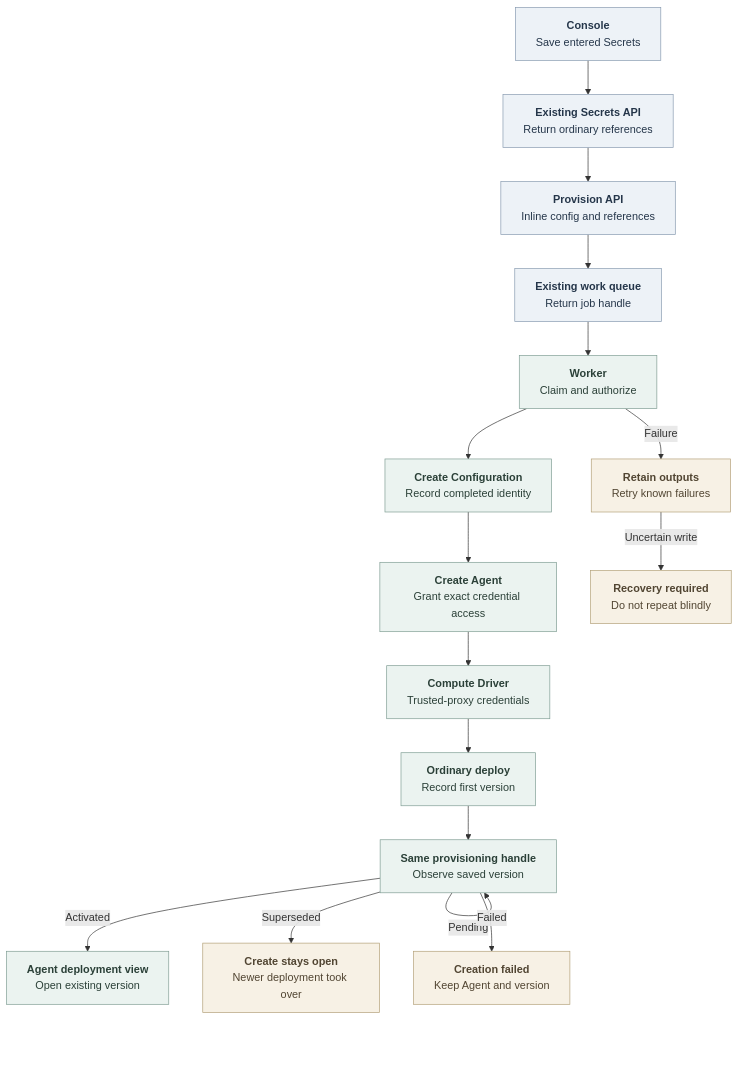
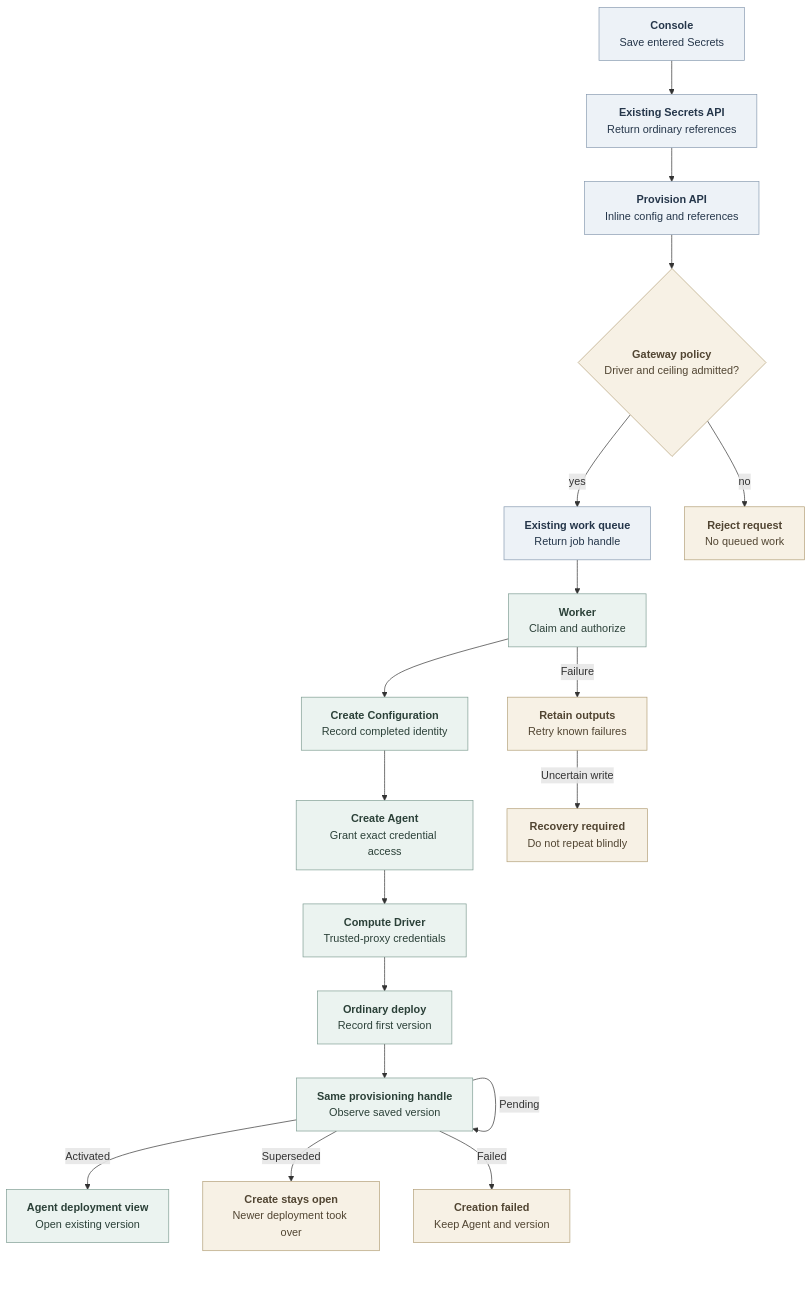
The diagram in docs/flows/agent-provisioning.md (raw-labs/openclaw-enterprise), drawn with Mermaid before and after one commit. The commit also changed other lines of this file and 95 other files, not shown here.

````diff
--- a/docs/flows/agent-provisioning.md
+++ b/docs/flows/agent-provisioning.md
@@ -23,25 +23,27 @@
 ```mermaid
 graph TD
   Console["<b>Console</b><br/>Save entered Secrets"] --> Secrets["<b>Existing Secrets API</b><br/>Return ordinary references"]
   Secrets --> API["<b>Provision API</b><br/>Inline config and references"]
-  API --> Queue["<b>Existing work queue</b><br/>Return job handle"]
+  API --> Policy{"<b>Gateway policy</b><br/>Driver and ceiling admitted?"}
+  Policy -- "yes" --> Queue["<b>Existing work queue</b><br/>Return job handle"]
+  Policy -- "no" --> Refused["<b>Reject request</b><br/>No queued work"]
   Queue --> Claim["<b>Worker</b><br/>Claim and authorize"]
   Claim --> Config["<b>Create Configuration</b><br/>Record completed identity"]
   Config --> Agent["<b>Create Agent</b><br/>Grant exact credential access"]
   Agent --> Transport["<b>Compute Driver</b><br/>Trusted-proxy credentials"]
   Transport --> Deploy["<b>Ordinary deploy</b><br/>Record first version"]
   Deploy --> Observe["<b>Same provisioning handle</b><br/>Observe saved version"]
   Observe -->|Pending| Observe
   Observe -->|Activated| UI["<b>Agent deployment view</b><br/>Open existing version"]
   Observe -->|Superseded| Superseded["<b>Create stays open</b><br/>Newer deployment took over"]
   Observe -->|Failed| Terminal["<b>Creation failed</b><br/>Keep Agent and version"]
   Claim -->|Failure| Failed["<b>Retain outputs</b><br/>Retry known failures"]
   Failed -->|Uncertain write| Recovery["<b>Recovery required</b><br/>Do not repeat blindly"]
 
   classDef state fill:#EDF2F7,stroke:#879AB0,color:#25364A,stroke-width:1px
   classDef operation fill:#EBF3F0,stroke:#7F9D93,color:#2B4038,stroke-width:1px
   classDef condition fill:#F7F1E5,stroke:#B3A078,color:#514532,stroke-width:1px
   class Console,Secrets,API,Queue state
   class Claim,Config,Agent,Transport,Deploy,Observe,UI operation
-  class Failed,Recovery,Terminal,Superseded condition
+  class Failed,Recovery,Terminal,Superseded,Policy,Refused condition
 ```
````
